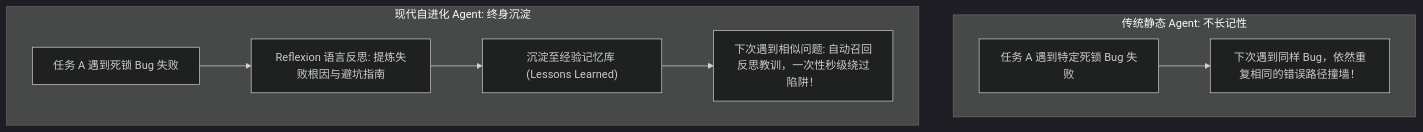
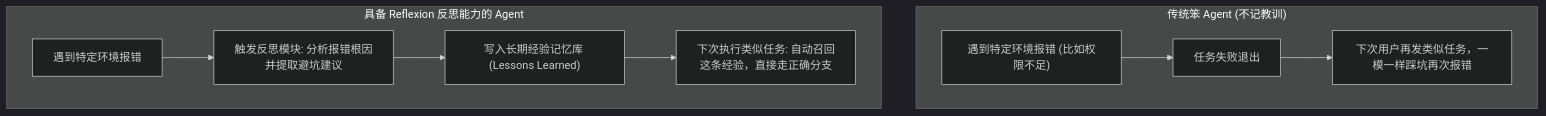
The first of 2 diagrams in app/ch09-evolution/01-online-adaptation-and-reflexion/page.mdx (ljh12138164/ai-agent-study), drawn with Mermaid (dark theme) before and after one commit. The commit also changed other lines of this file and 43 other files, not shown here.

````diff
--- a/app/ch09-evolution/01-online-adaptation-and-reflexion/page.mdx
+++ b/app/ch09-evolution/01-online-adaptation-and-reflexion/page.mdx
@@ -18,12 +18,13 @@
 ```mermaid
-graph TD
-    subgraph TraditionalStatic["传统静态 Agent: 不长记性"]
-        Task1["任务 A 遇到特定死锁 Bug 失败"] --> Retry1["下次遇到同样 Bug，依然重复相同的错误路径撞墙！"]
+flowchart TD
+    subgraph Bad["传统笨 Agent (不记教训)"]
+        B1["遇到特定环境报错 (比如权限不足)"] --> B2["任务失败退出"]
+        B2 --> B3["下次用户再发类似任务，一模一样踩坑再次报错"]
     end
     
-    subgraph SelfEvolving["现代自进化 Agent: 终身沉淀"]
-        Task2["任务 A 遇到死锁 Bug 失败"] --> Reflect["Reflexion 语言反思: 提炼失败根因与避坑指南"]
-        Reflect --> MemStore["沉淀至经验记忆库 (Lessons Learned)"]
-        MemStore --> Task3["下次遇到相似问题: 自动召回反思教训，一次性秒级绕过陷阱！"]
+    subgraph Good["具备 Reflexion 反思能力的 Agent"]
+        G1["遇到特定环境报错"] --> G2["触发反思模块: 分析报错根因并提取避坑建议"]
+        G2 --> G3["写入长期经验记忆库 (Lessons Learned)"]
+        G3 --> G4["下次执行类似任务: 自动召回这条经验，直接走正确分支"]
     end
 ```
````
